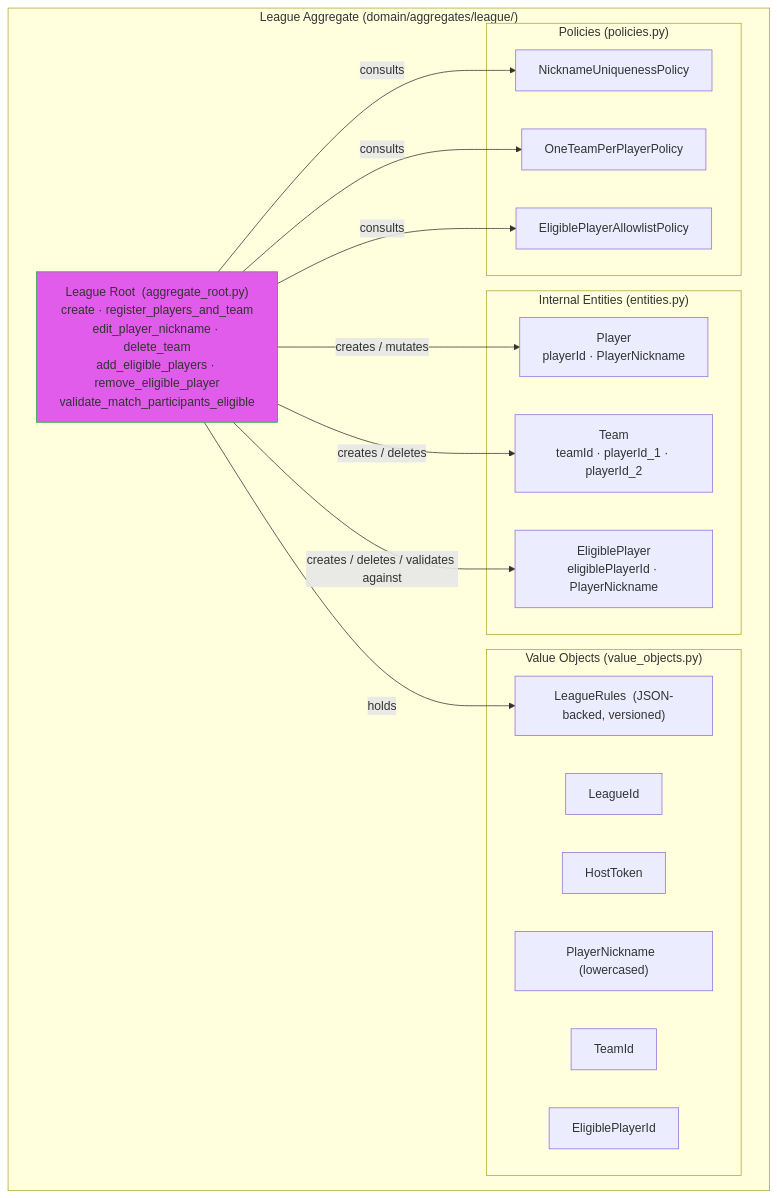
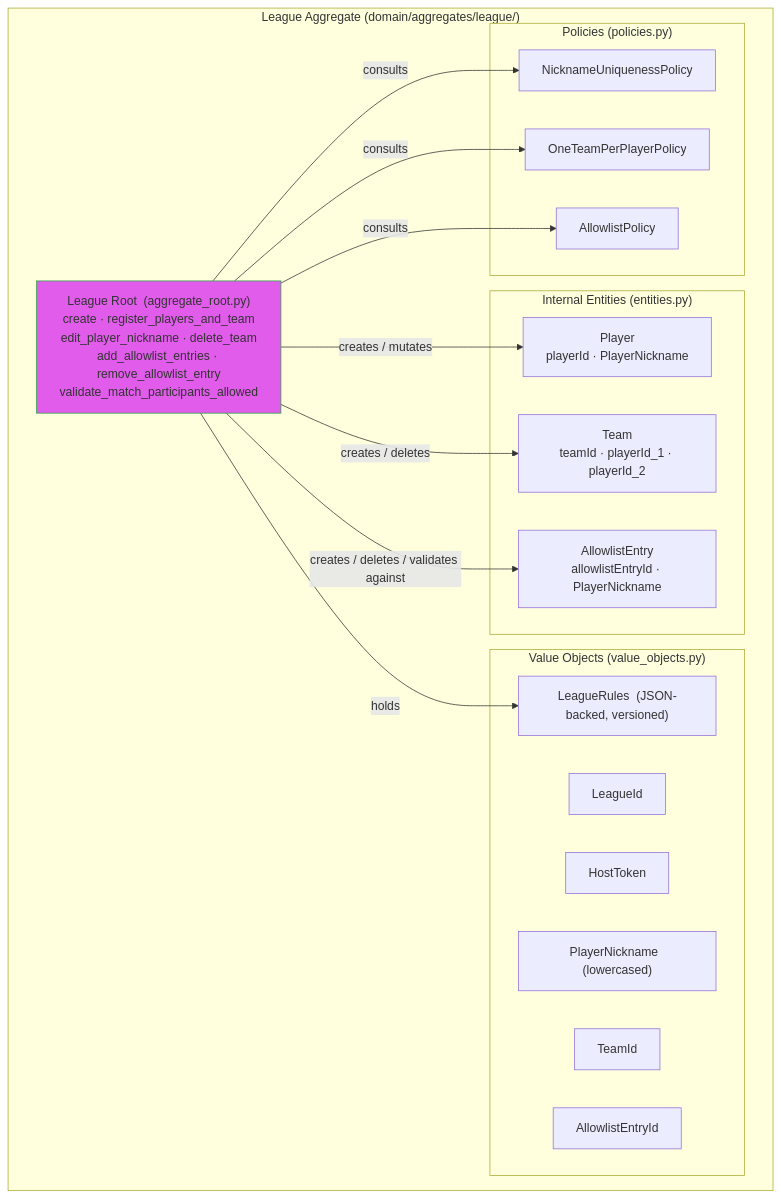
One commit to swjeong0825/TLMB_backend_main changed the diagram in Design_Doc/TLMB_Design_doc/05_aggregate_designs/league.md. Above: the diagram before and after it, drawn with Mermaid. The commit also changed other lines of this file and 48 other files, not shown here.

Commit message:
refactoring_unifying_term_eligible_players_to_allowlist

````diff
--- a/Design_Doc/TLMB_Design_doc/05_aggregate_designs/league.md
+++ b/Design_Doc/TLMB_Design_doc/05_aggregate_designs/league.md
@@ -5,37 +5,37 @@
 ```mermaid
 flowchart TD
     subgraph LEAGUE ["League Aggregate  (domain/aggregates/league/)"]
-        ROOT["League Root  (aggregate_root.py)\ncreate · register_players_and_team\nedit_player_nickname · delete_team\nadd_eligible_players · remove_eligible_player\nvalidate_match_participants_eligible"]
+        ROOT["League Root  (aggregate_root.py)\ncreate · register_players_and_team\nedit_player_nickname · delete_team\nadd_allowlist_entries · remove_allowlist_entry\nvalidate_match_participants_allowed"]
 
         subgraph ENT ["Internal Entities  (entities.py)"]
             PE["Player\nplayerId · PlayerNickname"]
             TE["Team\nteamId · playerId_1 · playerId_2"]
-            EP["EligiblePlayer\neligiblePlayerId · PlayerNickname"]
+            AE["AllowlistEntry\nallowlistEntryId · PlayerNickname"]
         end
 
         subgraph VOS ["Value Objects  (value_objects.py)"]
             LI["LeagueId"]
             HT["HostToken"]
             PN["PlayerNickname  (lowercased)"]
             TI["TeamId"]
-            EPI["EligiblePlayerId"]
+            AEI["AllowlistEntryId"]
             LR["LeagueRules  (JSON-backed, versioned)"]
         end
 
         subgraph POL ["Policies  (policies.py)"]
             NUP["NicknameUniquenessPolicy"]
             OTP["OneTeamPerPlayerPolicy"]
-            EAP["EligiblePlayerAllowlistPolicy"]
+            AP["AllowlistPolicy"]
         end
     end
 
     ROOT -->|"creates / mutates"| PE
     ROOT -->|"creates / deletes"| TE
-    ROOT -->|"creates / deletes / validates against"| EP
+    ROOT -->|"creates / deletes / validates against"| AE
     ROOT -->|"holds"| LR
     ROOT -->|"consults"| NUP
     ROOT -->|"consults"| OTP
-    ROOT -->|"consults"| EAP
+    ROOT -->|"consults"| AP
 
     style ROOT fill:#d4ed,stroke:#28a745
 ```
````
